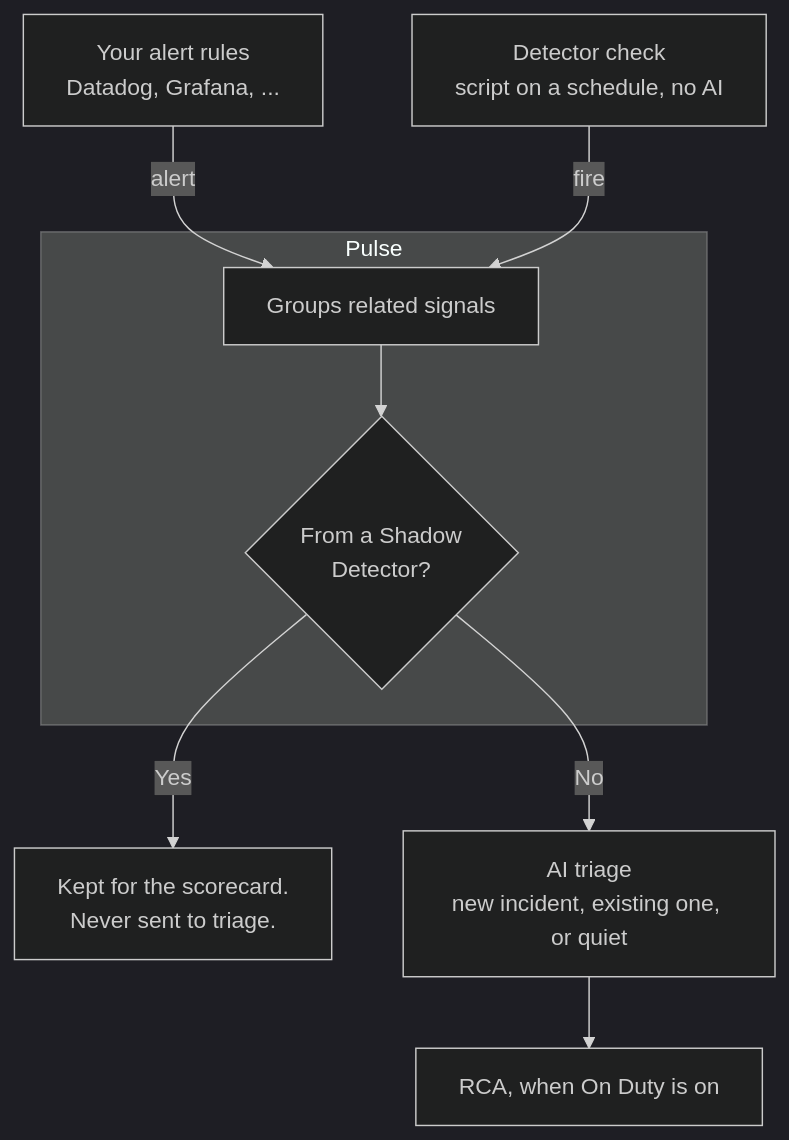
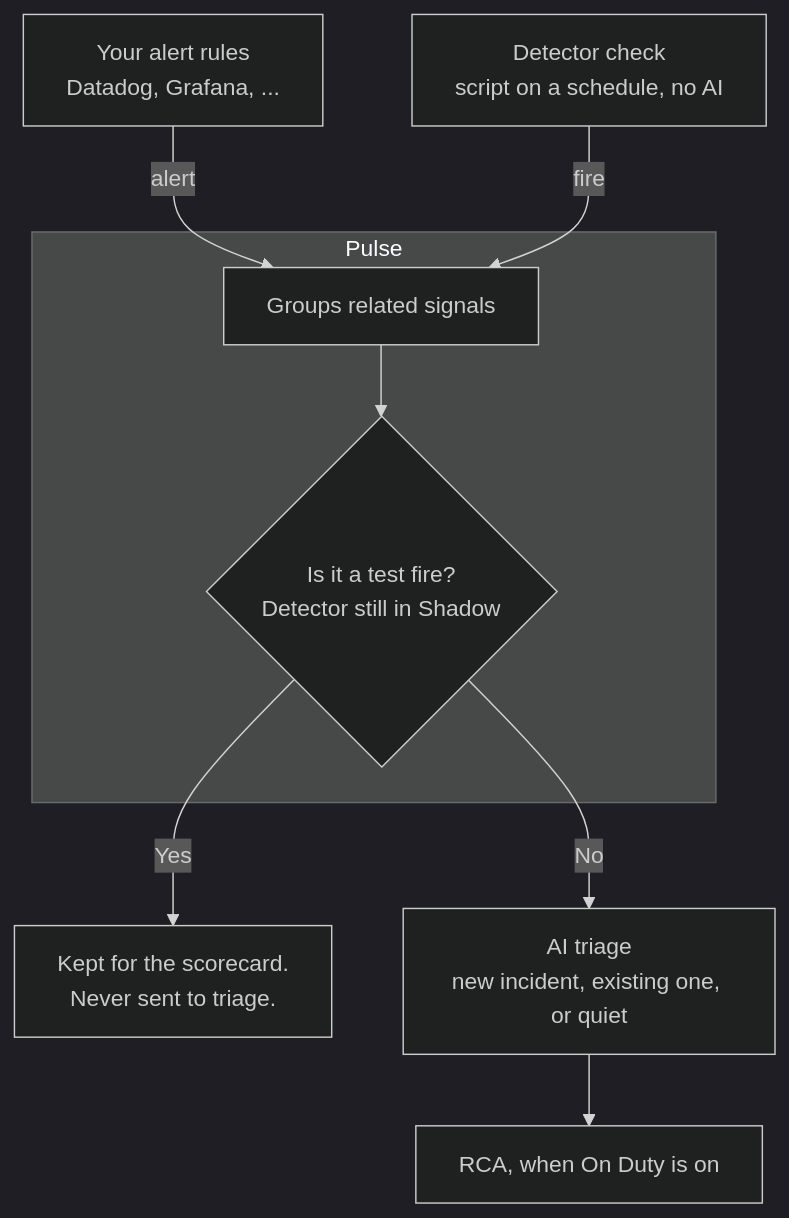
The first of 3 diagrams in guide/incident/detectors.mdx (nhat-tranvan/docs), drawn with Mermaid (dark theme) before and after one commit. The commit also changed other lines of this file, not shown here.

Commit message:
docs(resolve): name the Shadow branch a test fire in the Detectors diagram

````diff
--- a/guide/incident/detectors.mdx
+++ b/guide/incident/detectors.mdx
@@ -18,11 +18,11 @@
 ```mermaid
 flowchart TB
     A["Your alert rules<br/>Datadog, Grafana, ..."] -- alert --> G
     D["Detector check<br/>script on a schedule, no AI"] -- fire --> G
     subgraph Pulse
-        G["Groups related signals"] --> Q{"From a Shadow<br/>Detector?"}
+        G["Groups related signals"] --> Q{"Is it a test fire?<br/>Detector still in Shadow"}
     end
     Q -- Yes --> S["Kept for the scorecard.<br/>Never sent to triage."]
     Q -- No --> T["AI triage<br/>new incident, existing one, or quiet"]
     T --> R["RCA, when On Duty is on"]
 ```
````
